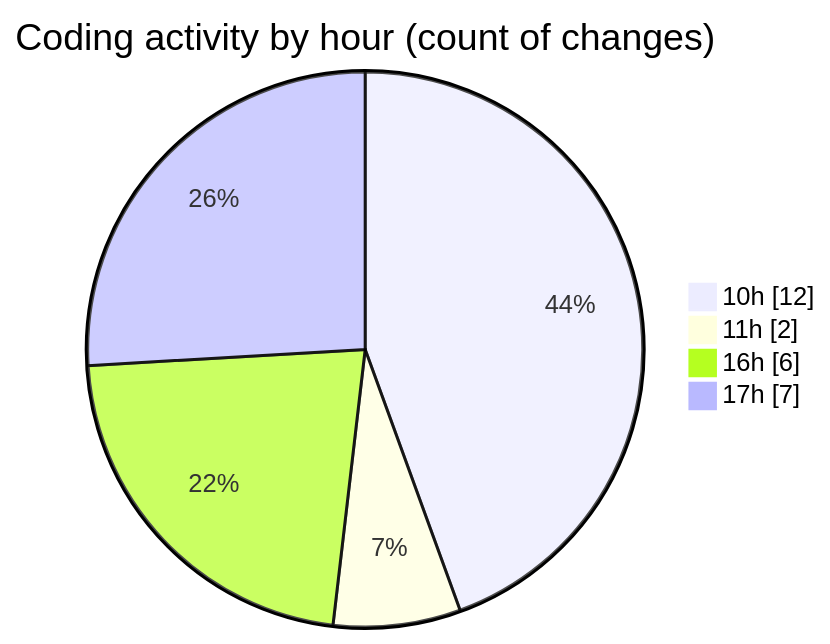
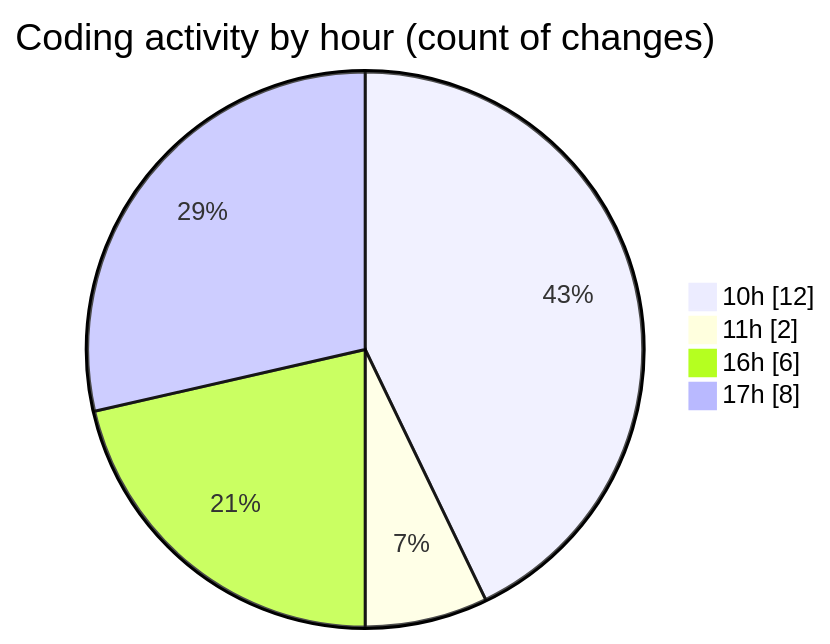
Before and after one commit to debugP/code-tracking: the second of 2 diagrams in 2025-10-01/untitled__workspace_/README.md, drawn with Mermaid. The commit also changed other lines of this file and 1 other file, not shown here.

````diff
--- a/2025-10-01/untitled__workspace_/README.md
+++ b/2025-10-01/untitled__workspace_/README.md
@@ -37,8 +37,8 @@
 ```mermaid
 pie showData
 title Coding activity by hour (count of changes)
 "10h" : 12
 "11h" : 2
 "16h" : 6
-"17h" : 7
+"17h" : 8
 ```
````
